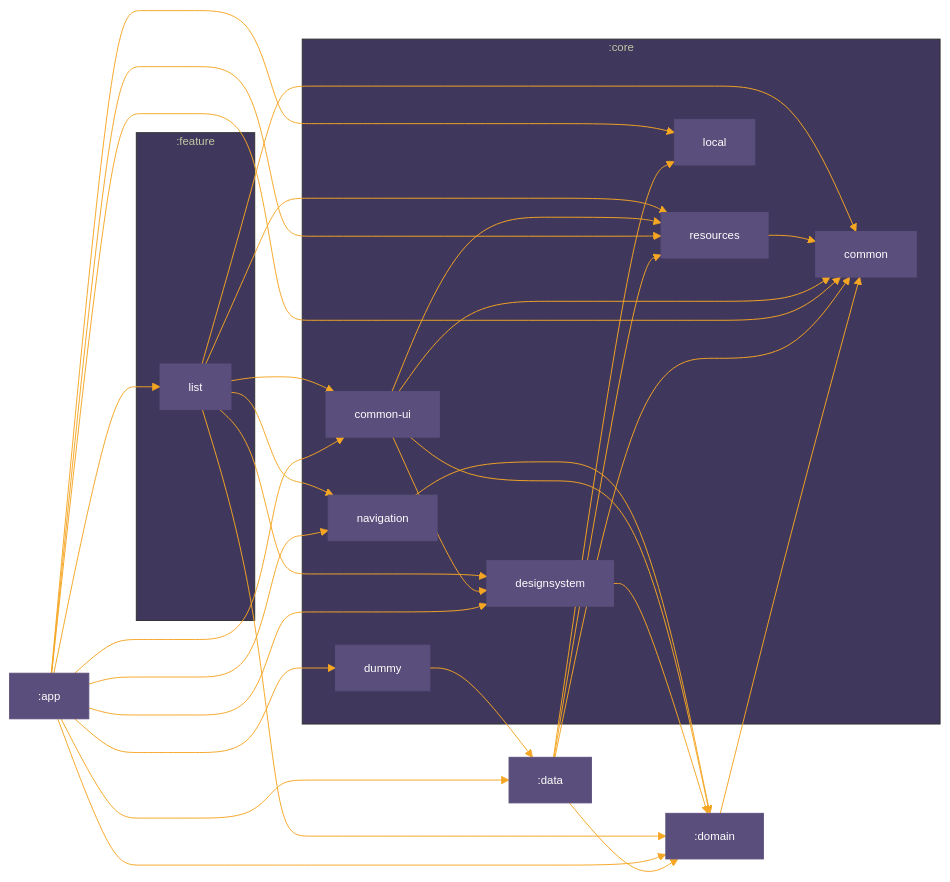
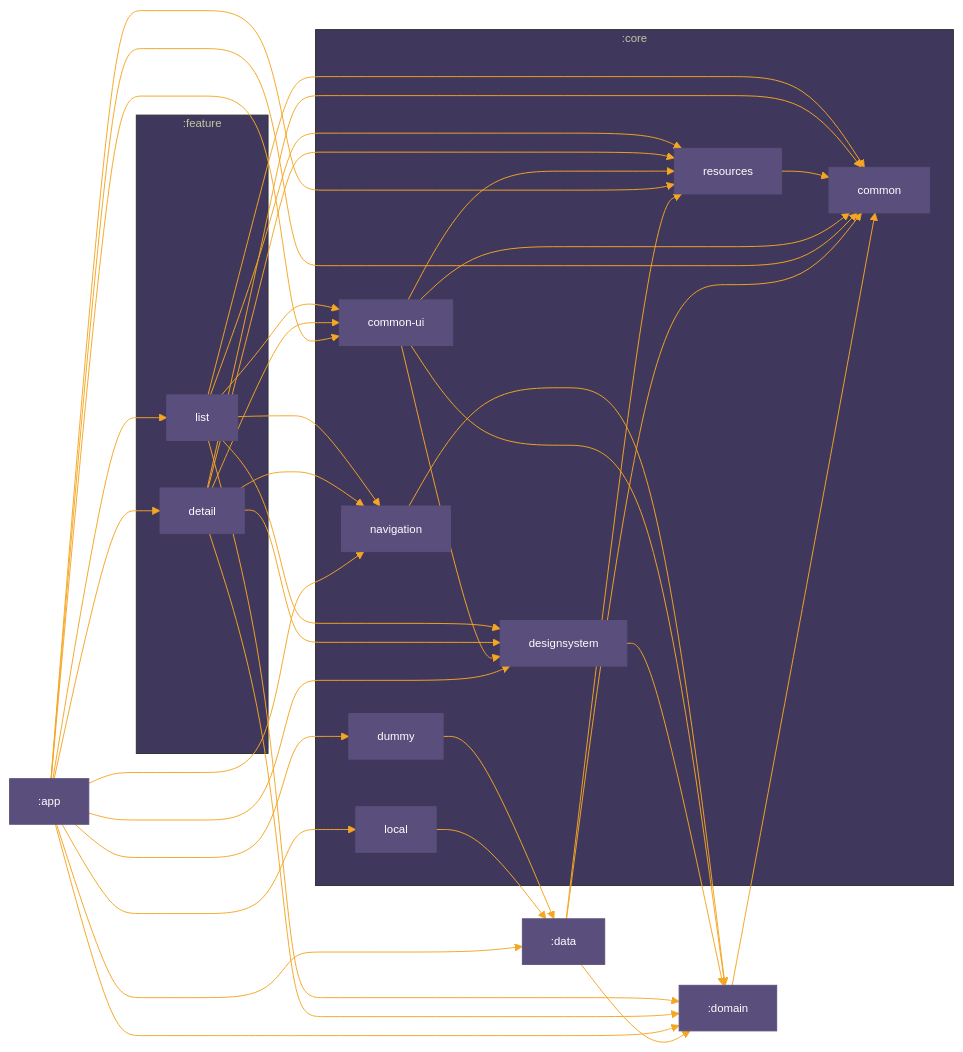
Before and after one commit to iamkurtgoz/satellitesapp: the diagram in README.MD, drawn with Mermaid.

Commit message:
update module graph

````diff
--- a/README.MD
+++ b/README.MD
@@ -3,51 +3,59 @@
 ```mermaid
 %%{
   init: {
     'theme': 'base',
     'themeVariables': {"primaryTextColor":"#fff","primaryColor":"#5a4f7c","primaryBorderColor":"#5a4f7c","lineColor":"#f5a623","tertiaryColor":"#40375c","fontSize":"12px"}
   }
 }%%
 
 graph LR
   subgraph :core
     :core:navigation["navigation"]
     :core:dummy["dummy"]
+    :core:local["local"]
     :core:common["common"]
     :core:common-ui["common-ui"]
     :core:designsystem["designsystem"]
     :core:resources["resources"]
-    :core:local["local"]
   end
   subgraph :feature
     :feature:list["list"]
+    :feature:detail["detail"]
   end
   :core:navigation --> :domain
   :core:dummy --> :data
+  :core:local --> :data
   :feature:list --> :core:common
   :feature:list --> :core:common-ui
   :feature:list --> :core:navigation
   :feature:list --> :domain
   :feature:list --> :core:designsystem
   :feature:list --> :core:resources
+  :feature:detail --> :core:common
+  :feature:detail --> :core:common-ui
+  :feature:detail --> :core:navigation
+  :feature:detail --> :domain
+  :feature:detail --> :core:designsystem
+  :feature:detail --> :core:resources
   :core:resources --> :core:common
   :core:common-ui --> :core:designsystem
   :core:common-ui --> :domain
   :core:common-ui --> :core:common
   :core:common-ui --> :core:resources
   :app --> :data
   :app --> :domain
   :app --> :core:designsystem
   :app --> :core:common
   :app --> :core:common-ui
   :app --> :core:resources
   :app --> :core:navigation
   :app --> :core:local
   :app --> :core:dummy
   :app --> :feature:list
+  :app --> :feature:detail
   :data --> :domain
   :data --> :core:common
   :data --> :core:resources
-  :data --> :core:local
   :domain --> :core:common
   :core:designsystem --> :domain
 ```
````
